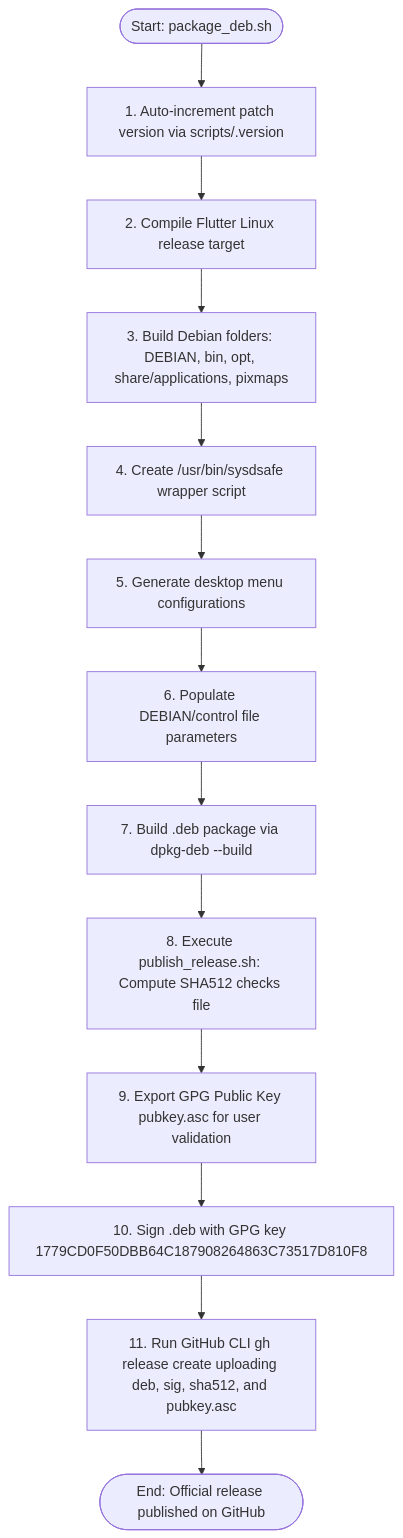
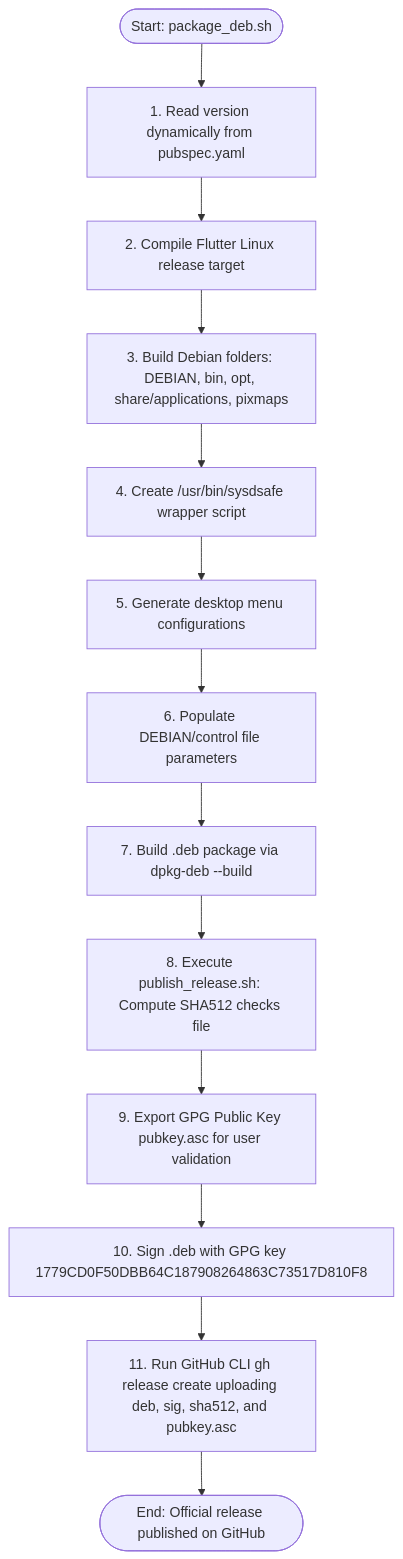
The second of 2 diagrams in docs/USER_GUIDE.md (TaliskerMan/SysdSafe), drawn with Mermaid before and after one commit. The commit also changed other lines of this file and 13 other files, not shown here.

````diff
--- a/docs/USER_GUIDE.md
+++ b/docs/USER_GUIDE.md
@@ -106,15 +110,15 @@
 ```mermaid
 graph TD
-    StartPipeline([Start: package_deb.sh]) --> Version[1. Auto-increment patch version via scripts/.version]
+    StartPipeline([Start: package_deb.sh]) --> Version[1. Read version dynamically from pubspec.yaml]
     Version --> Build[2. Compile Flutter Linux release target]
     Build --> Struct[3. Build Debian folders: DEBIAN, bin, opt, share/applications, pixmaps]
     Struct --> Wrapper[4. Create /usr/bin/sysdsafe wrapper script]
     Wrapper --> Desktop[5. Generate desktop menu configurations]
     Desktop --> Control[6. Populate DEBIAN/control file parameters]
     Control --> Deb[7. Build .deb package via dpkg-deb --build]
     Deb --> Checksum[8. Execute publish_release.sh: Compute SHA512 checks file]
     Checksum --> Export[9. Export GPG Public Key pubkey.asc for user validation]
     Export --> Sign[10. Sign .deb with GPG key 1779CD0F50DBB64C187908264863C73517D810F8]
     Sign --> Publish[11. Run GitHub CLI gh release create uploading deb, sig, sha512, and pubkey.asc]
     Publish --> EndPipeline([End: Official release published on GitHub])
 ```
````
